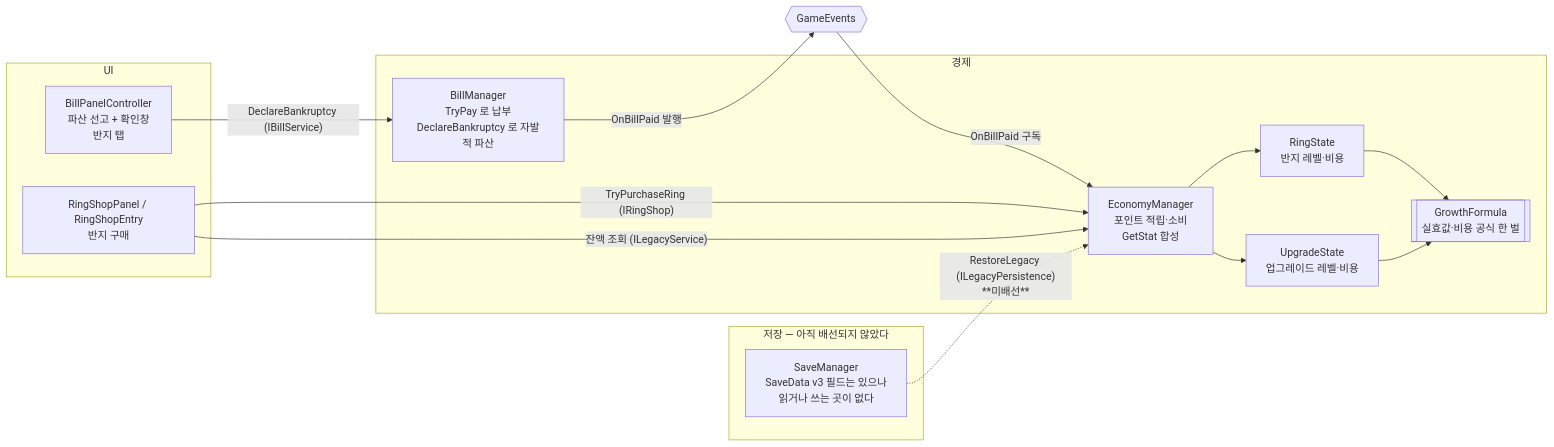
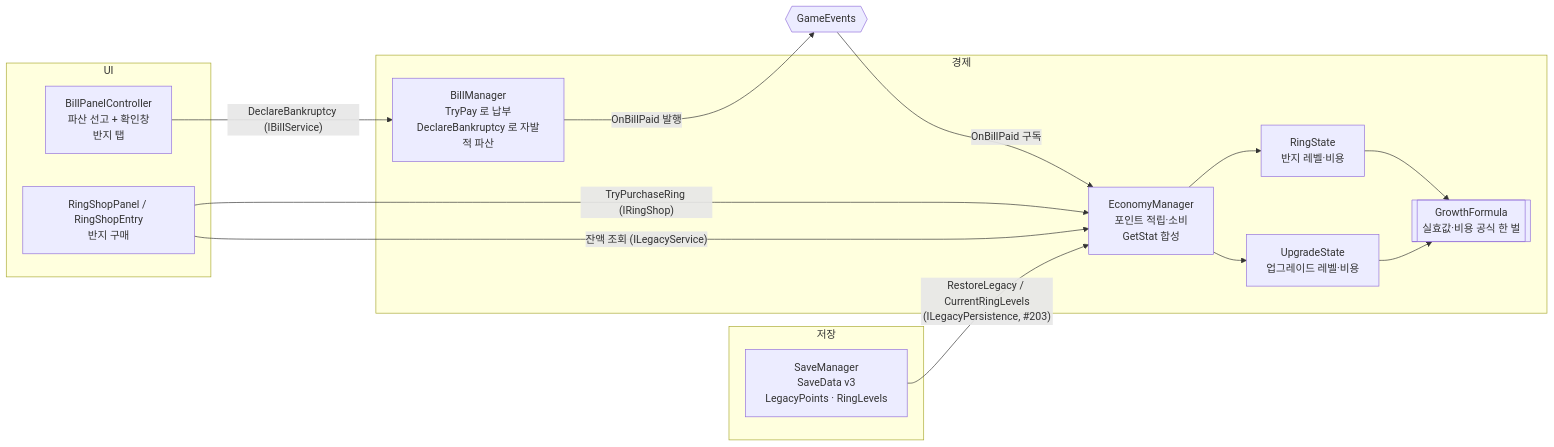
Before and after one commit to KDNA-Gwangju-1/NCAIClicker: the diagram in docs/TECH_NOTES/legacy-points.md, drawn with Mermaid. The commit also changed other lines of this file and 7 other files, not shown here.

````diff
--- a/docs/TECH_NOTES/legacy-points.md
+++ b/docs/TECH_NOTES/legacy-points.md
@@ -31,32 +31,32 @@
 ```mermaid
 flowchart LR
   subgraph Economy["경제"]
     bill[BillManager<br/>TryPay 로 납부<br/>DeclareBankruptcy 로 자발적 파산]
     econ[EconomyManager<br/>포인트 적립·소비<br/>GetStat 합성]
     rings[RingState<br/>반지 레벨·비용]
     ups[UpgradeState<br/>업그레이드 레벨·비용]
     formula[[GrowthFormula<br/>실효값·비용 공식 한 벌]]
   end
 
   subgraph UI["UI"]
     panel[BillPanelController<br/>파산 선고 + 확인창<br/>반지 탭]
     shop[RingShopPanel / RingShopEntry<br/>반지 구매]
   end
 
-  subgraph Save["저장 — 아직 배선되지 않았다"]
-    save[SaveManager<br/>SaveData v3 필드는 있으나<br/>읽거나 쓰는 곳이 없다]
+  subgraph Save["저장"]
+    save[SaveManager<br/>SaveData v3<br/>LegacyPoints · RingLevels]
   end
 
   events{{"GameEvents"}}
 
   bill -- "OnBillPaid 발행" --> events
   events -- "OnBillPaid 구독" --> econ
   econ --> rings
   econ --> ups
   rings --> formula
   ups --> formula
   panel -- "DeclareBankruptcy (IBillService)" --> bill
   shop -- "TryPurchaseRing (IRingShop)" --> econ
   shop -- "잔액 조회 (ILegacyService)" --> econ
-  save -. "RestoreLegacy (ILegacyPersistence)<br/>**미배선**" .-> econ
+  save -- "RestoreLegacy / CurrentRingLevels<br/>(ILegacyPersistence, #203)" --> econ
 ```
````
